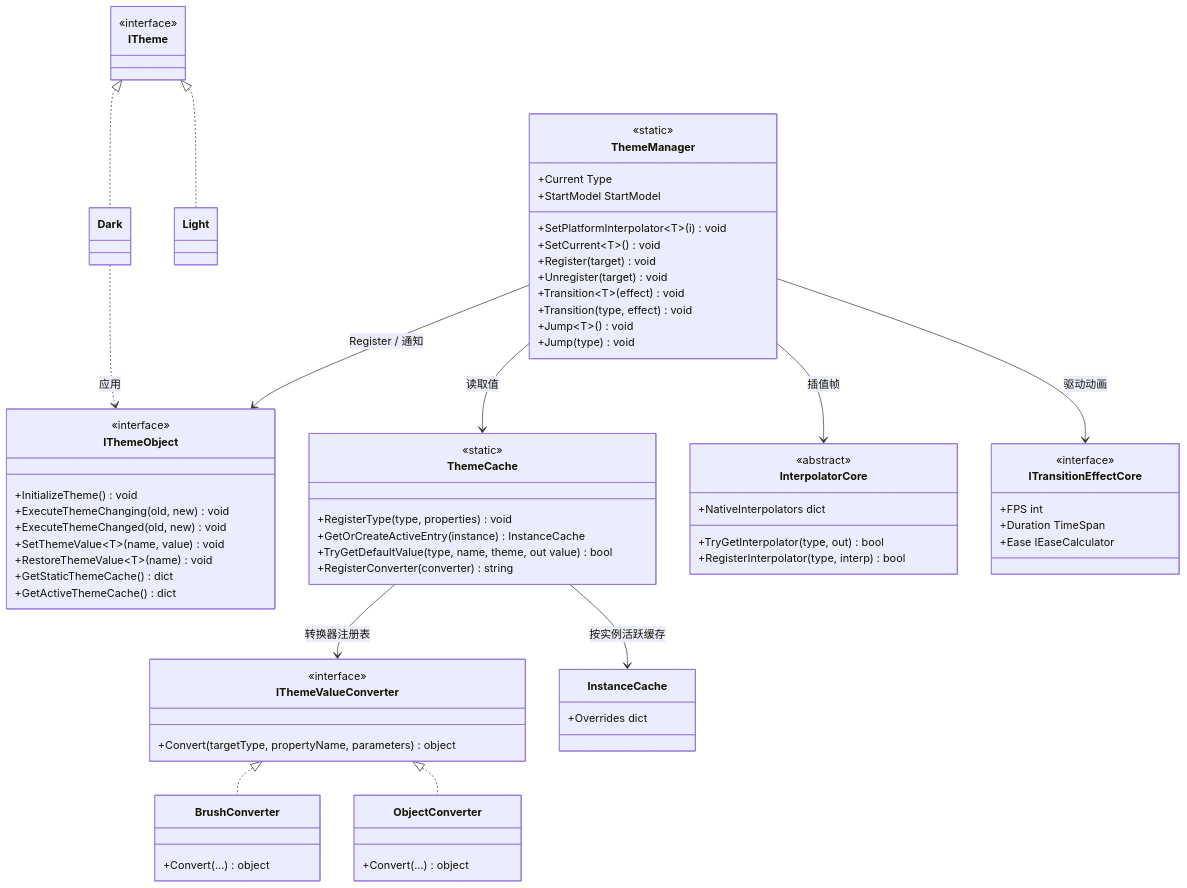
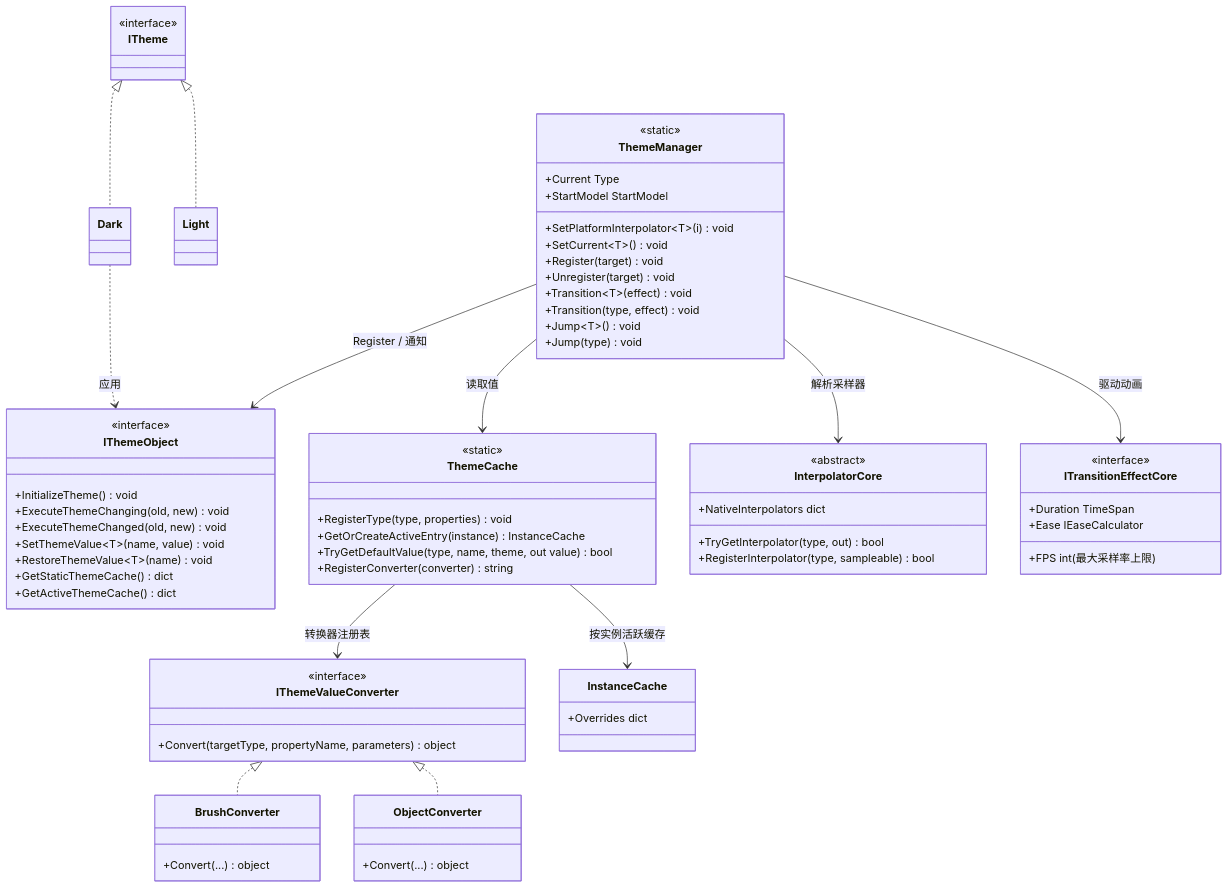
One commit to Axvser/VeloxDev.Docs changed the diagram in src/CloudGlyph/Assets/Docs/content/zh/3_SE分析/02_设计模式分析/04_动态主题/index.md. Above: the diagram before and after it, drawn with Mermaid. The commit also changed other lines of this file and 41 other files, not shown here.

````diff
--- a/src/CloudGlyph/Assets/Docs/content/zh/3_SE分析/02_设计模式分析/04_动态主题/index.md
+++ b/src/CloudGlyph/Assets/Docs/content/zh/3_SE分析/02_设计模式分析/04_动态主题/index.md
@@ -7,77 +7,77 @@
 ```mermaid
 classDiagram
     class ITheme {
         <<interface>>
     }
     class Dark {
     }
     class Light {
     }
     class IThemeObject {
         <<interface>>
         +InitializeTheme() void
         +ExecuteThemeChanging(old, new) void
         +ExecuteThemeChanged(old, new) void
         +SetThemeValue~T~(name, value) void
         +RestoreThemeValue~T~(name) void
         +GetStaticThemeCache() dict
         +GetActiveThemeCache() dict
     }
     class ThemeManager {
         <<static>>
         +Current Type
         +StartModel StartModel
         +SetPlatformInterpolator~T~(i) void
         +SetCurrent~T~() void
         +Register(target) void
         +Unregister(target) void
         +Transition~T~(effect) void
         +Transition(type, effect) void
         +Jump~T~() void
         +Jump(type) void
     }
     class ThemeCache {
         <<static>>
         +RegisterType(type, properties) void
         +GetOrCreateActiveEntry(instance) InstanceCache
         +TryGetDefaultValue(type, name, theme, out value) bool
         +RegisterConverter(converter) string
     }
     class InstanceCache {
         +Overrides dict
     }
     class IThemeValueConverter {
         <<interface>>
         +Convert(targetType, propertyName, parameters) object
     }
     class BrushConverter {
         +Convert(...) object
     }
     class ObjectConverter {
         +Convert(...) object
     }
     class InterpolatorCore {
         <<abstract>>
         +NativeInterpolators dict
         +TryGetInterpolator(type, out) bool
-        +RegisterInterpolator(type, interp) bool
+        +RegisterInterpolator(type, sampleable) bool
     }
     class ITransitionEffectCore {
         <<interface>>
-        +FPS int
+        +FPS int (最大采样率上限)
         +Duration TimeSpan
         +Ease IEaseCalculator
     }
 
     ITheme <|.. Dark
     ITheme <|.. Light
     ThemeManager --> IThemeObject : Register / 通知
     ThemeManager --> ThemeCache : 读取值
-    ThemeManager --> InterpolatorCore : 插值帧
+    ThemeManager --> InterpolatorCore : 解析采样器
     ThemeManager --> ITransitionEffectCore : 驱动动画
     IThemeValueConverter <|.. BrushConverter
     IThemeValueConverter <|.. ObjectConverter
     ThemeCache --> IThemeValueConverter : 转换器注册表
     ThemeCache --> InstanceCache : 按实例活跃缓存
     Dark ..> IThemeObject : 应用
 ```
````
